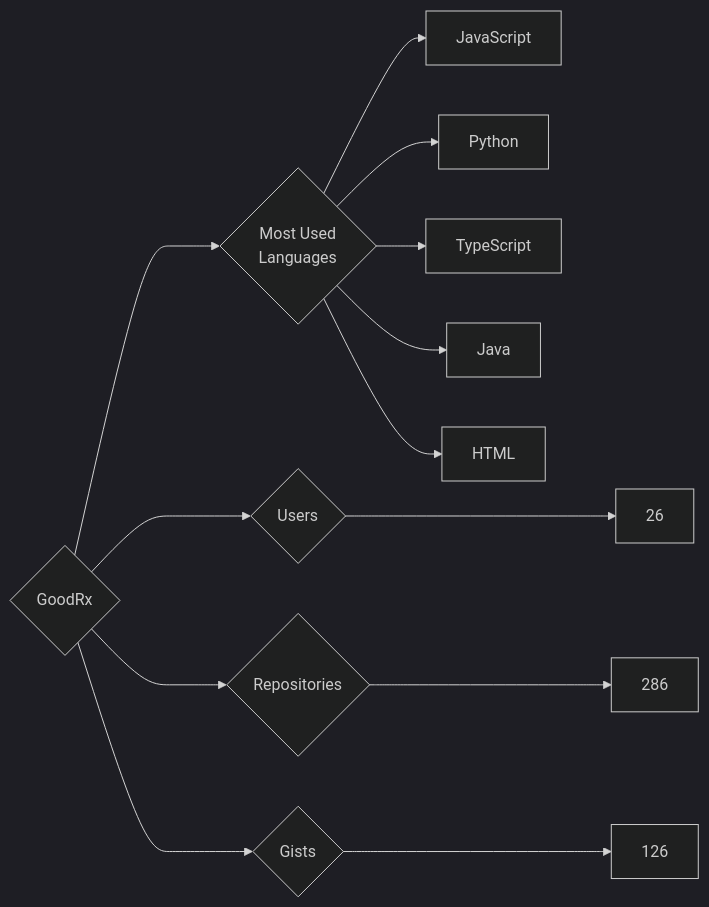
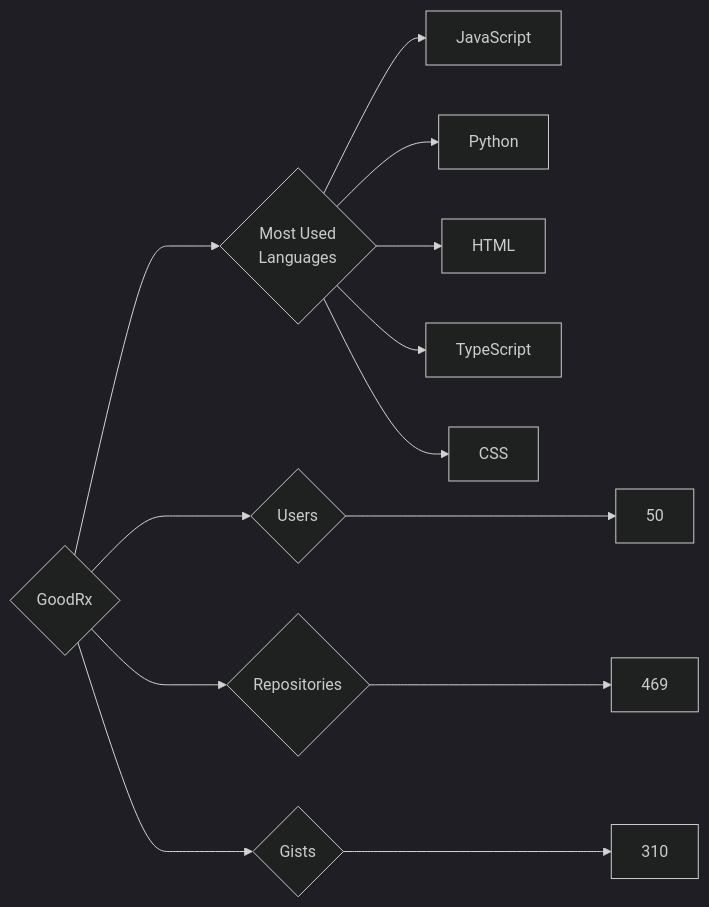
Before and after one commit to trickest/insiders: the diagram in targets/GoodRx/README.md, drawn with Mermaid (dark theme). The commit also changed 814 other files, not shown here.

````diff
--- a/targets/GoodRx/README.md
+++ b/targets/GoodRx/README.md
@@ -3,13 +3,13 @@
 ```mermaid
 graph LR
 COMPANY_NAME{GoodRx}
-COMPANY_NAME ---> U{Users} ---> UN[26]
-COMPANY_NAME ---> R{Repositories} ---> RN[286]
-COMPANY_NAME ---> G{Gists} ---> GN[126]
+COMPANY_NAME ---> U{Users} ---> UN[50]
+COMPANY_NAME ---> R{Repositories} ---> RN[469]
+COMPANY_NAME ---> G{Gists} ---> GN[310]
 COMPANY_NAME ---> ML{Most Used<br>Languages}
 ML --> JavaScript[JavaScript]
 ML --> Python[Python]
+ML --> HTML[HTML]
 ML --> TypeScript[TypeScript]
-ML --> Java[Java]
-ML --> HTML[HTML]
+ML --> CSS[CSS]
 ```
````
